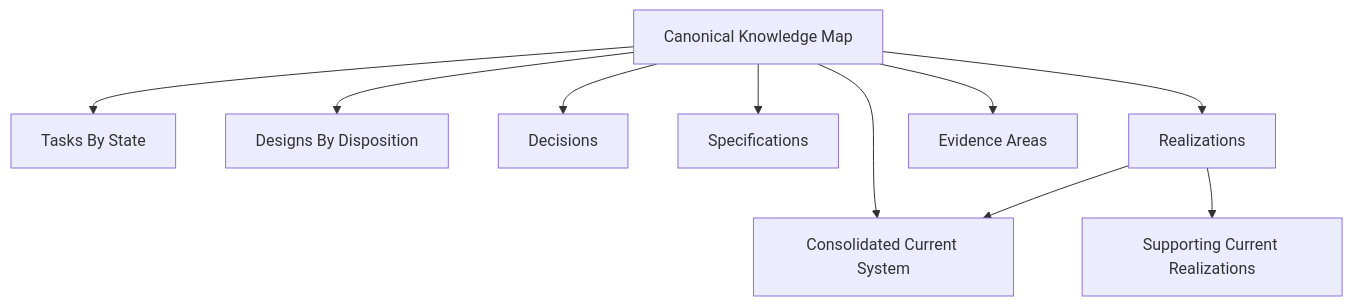
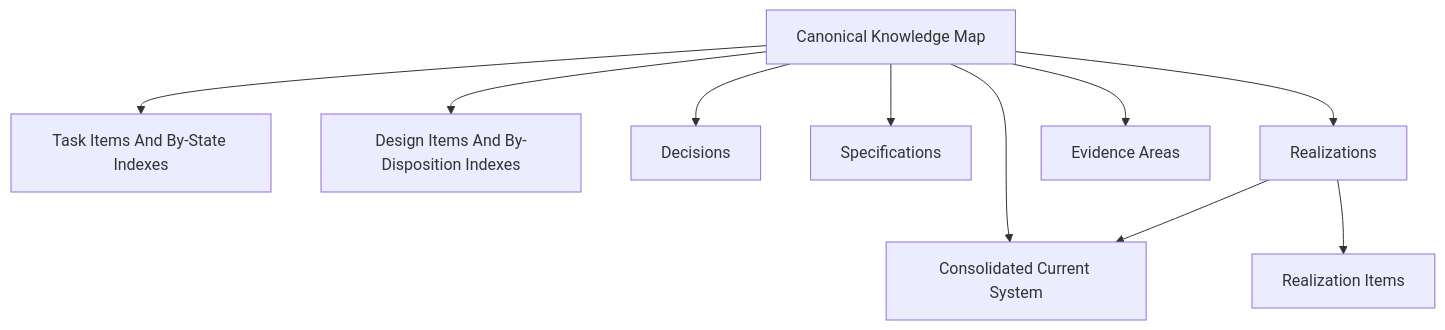
Before and after one commit to NourdApS/Nourd.NKF: the second of 4 diagrams in public-docs/concepts/topology.md, drawn with Mermaid. The commit also changed other lines of this file and 213 other files, not shown here.

````diff
--- a/public-docs/concepts/topology.md
+++ b/public-docs/concepts/topology.md
@@ -31,12 +31,12 @@
 ```mermaid
 flowchart TB
-  MAP["Canonical Knowledge Map"] --> TASKS["Tasks By State"]
-  MAP --> DESIGNS["Designs By Disposition"]
+  MAP["Canonical Knowledge Map"] --> TASKS["Task Items And By-State Indexes"]
+  MAP --> DESIGNS["Design Items And By-Disposition Indexes"]
   MAP --> DECISIONS["Decisions"]
   MAP --> SPECS["Specifications"]
   MAP --> REALIZATIONS["Realizations"]
   MAP --> CURRENT["Consolidated Current System"]
   MAP --> EVIDENCE["Evidence Areas"]
   REALIZATIONS --> CURRENT
-  REALIZATIONS --> SUPPORTING["Supporting Current Realizations"]
+  REALIZATIONS --> ITEMS["Realization Items"]
 ```
````
